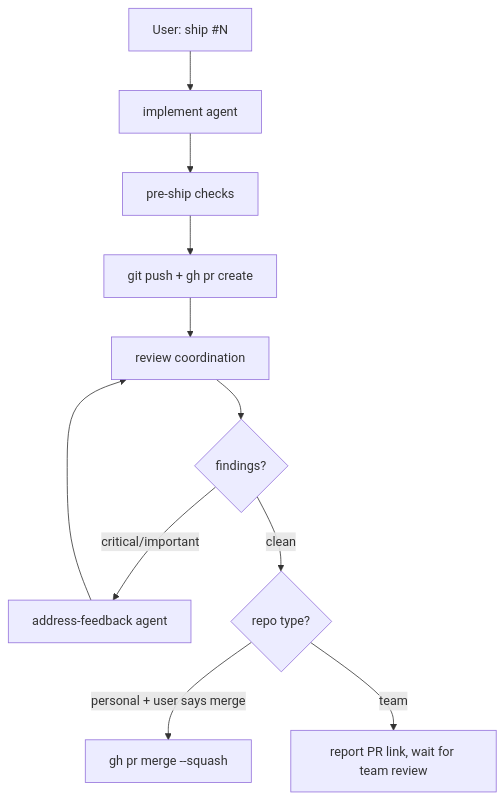
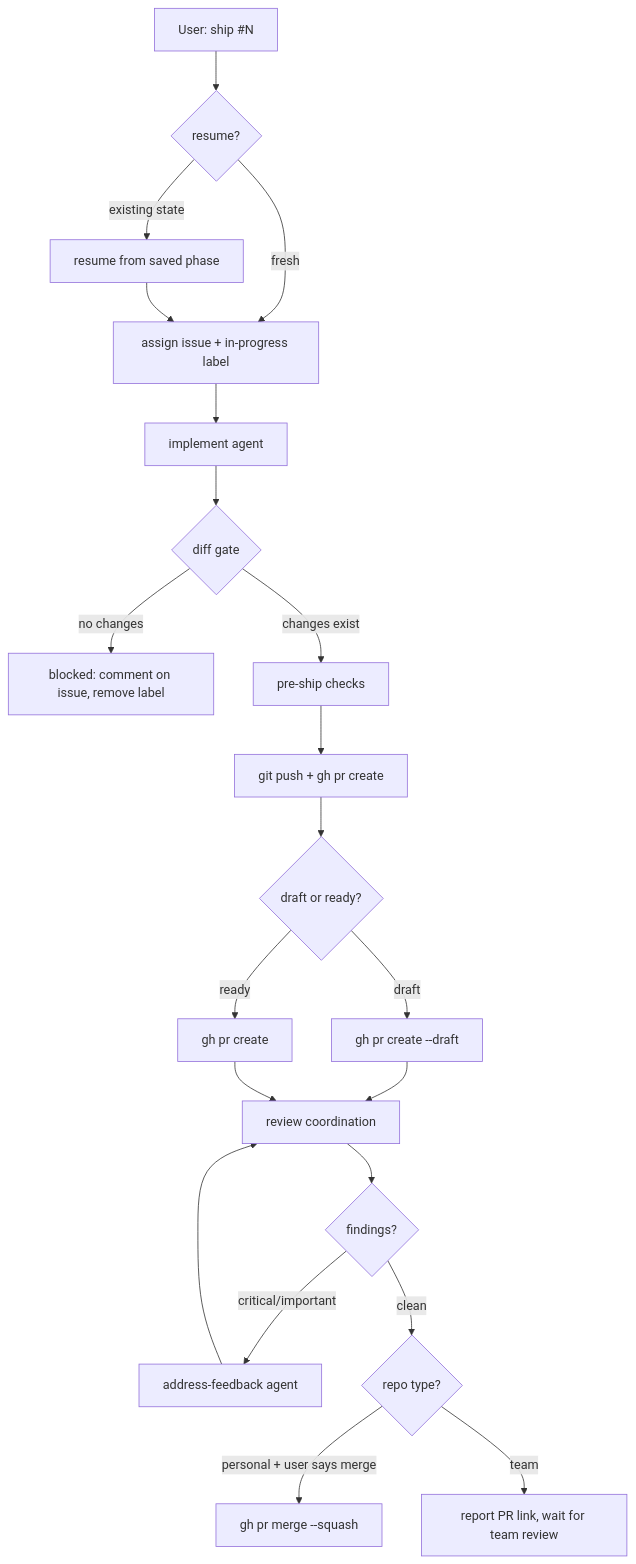
The third of 4 diagrams in README.md (jasonmadigan/clawdio), drawn with Mermaid before and after one commit. The commit also changed other lines of this file and 1 other file, not shown here.

Commit message:
docs: add missing issues skill, worktree-worker, doc-sync hook, update all diagrams

````diff
--- a/README.md
+++ b/README.md
@@ -110,13 +112,23 @@
 ```mermaid
 graph TD
-    A[User: ship #N] --> B[implement agent]
-    B --> C[pre-ship checks]
-    C --> D[git push + gh pr create]
-    D --> E[review coordination]
-    E --> F{findings?}
-    F -->|critical/important| G[address-feedback agent]
-    G --> E
-    F -->|clean| H{repo type?}
-    H -->|personal + user says merge| I[gh pr merge --squash]
-    H -->|team| J[report PR link, wait for team review]
+    A[User: ship #N] --> AA{resume?}
+    AA -->|existing state| AB[resume from saved phase]
+    AA -->|fresh| B[assign issue + in-progress label]
+    AB --> B
+    B --> C[implement agent]
+    C --> D{diff gate}
+    D -->|no changes| E[blocked: comment on issue, remove label]
+    D -->|changes exist| F[pre-ship checks]
+    F --> G[git push + gh pr create]
+    G --> H{draft or ready?}
+    H -->|draft| I[gh pr create --draft]
+    H -->|ready| J[gh pr create]
+    I --> K[review coordination]
+    J --> K
+    K --> L{findings?}
+    L -->|critical/important| M[address-feedback agent]
+    M --> K
+    L -->|clean| N{repo type?}
+    N -->|personal + user says merge| O[gh pr merge --squash]
+    N -->|team| P[report PR link, wait for team review]
 ```
````
